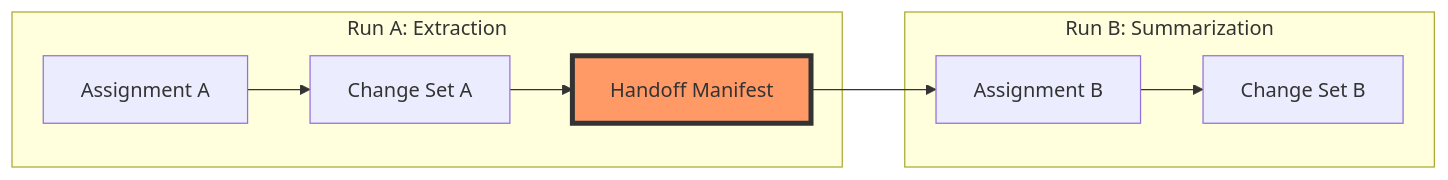
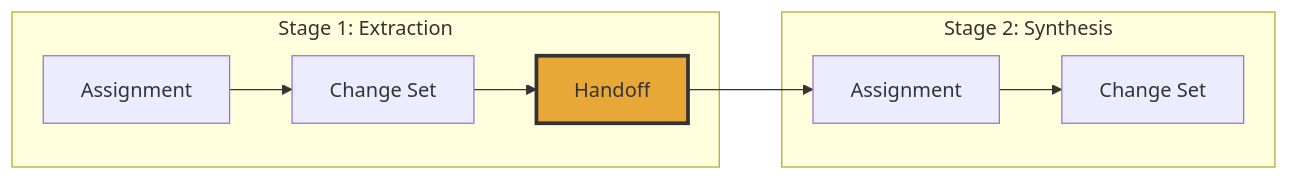
One commit to Mikhail-Shakhnazarov/earmark-kernel changed the diagram in docs/concepts/handoffs.md. Above: the diagram before and after it, drawn with Mermaid. The commit also changed other lines of this file and 61 other files, not shown here.

````diff
--- a/docs/concepts/handoffs.md
+++ b/docs/concepts/handoffs.md
@@ -11,14 +16,14 @@
 ```mermaid
 flowchart LR
-    subgraph Run1 [Run A: Extraction]
-        A[Assignment A] --> CS_A[Change Set A]
-        CS_A --> H[Handoff Manifest]
+    subgraph Run1 [Stage 1: Extraction]
+        A[Assignment] --> CS[Change Set]
+        CS --> H[Handoff]
     end
-    
-    subgraph Run2 [Run B: Summarization]
-        H --> A_B[Assignment B]
-        A_B --> CS_B[Change Set B]
+
+    subgraph Run2 [Stage 2: Synthesis]
+        H --> A2[Assignment]
+        A2 --> CS2[Change Set]
     end
-    
-    style H fill:#f96,stroke:#333,stroke-width:4px
+
+    style H fill:#e8a838,stroke:#333,stroke-width:3px
 ```
````
